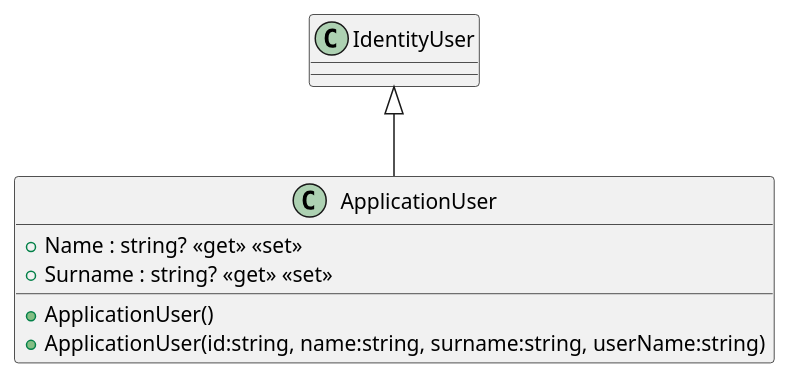
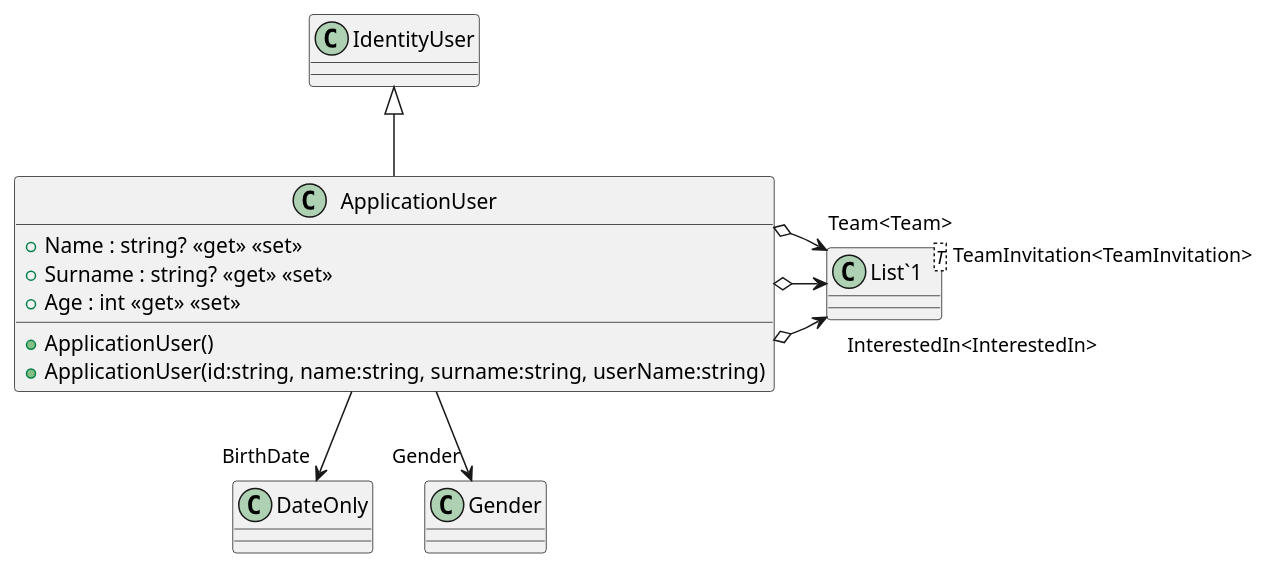
One commit to SEII2627SEALLUAN/SEII2627SEALLUAN changed the diagram in src/AppForSEII.API/ClassDiagram/ApplicationUser.puml. Above: the diagram before and after it, drawn with PlantUML. The commit also changed 14 other files, not shown here.

First line of the commit message:
Add entity relationships and update PlantUML class diagram (#27)

```diff
--- a/src/AppForSEII.API/ClassDiagram/ApplicationUser.puml
+++ b/src/AppForSEII.API/ClassDiagram/ApplicationUser.puml
@@ -1,9 +1,17 @@
 @startuml
 class ApplicationUser {
     + ApplicationUser()
     + ApplicationUser(id:string, name:string, surname:string, userName:string)
     + Name : string? <<get>> <<set>>
     + Surname : string? <<get>> <<set>>
+    + Age : int <<get>> <<set>>
+}
+class "List`1"<T> {
 }
 IdentityUser <|-- ApplicationUser
+ApplicationUser --> "BirthDate" DateOnly
+ApplicationUser --> "Gender" Gender
+ApplicationUser o-> "InterestedIn<InterestedIn>" "List`1"
+ApplicationUser o-> "TeamInvitation<TeamInvitation>" "List`1"
+ApplicationUser o-> "Team<Team>" "List`1"
 @enduml
```
